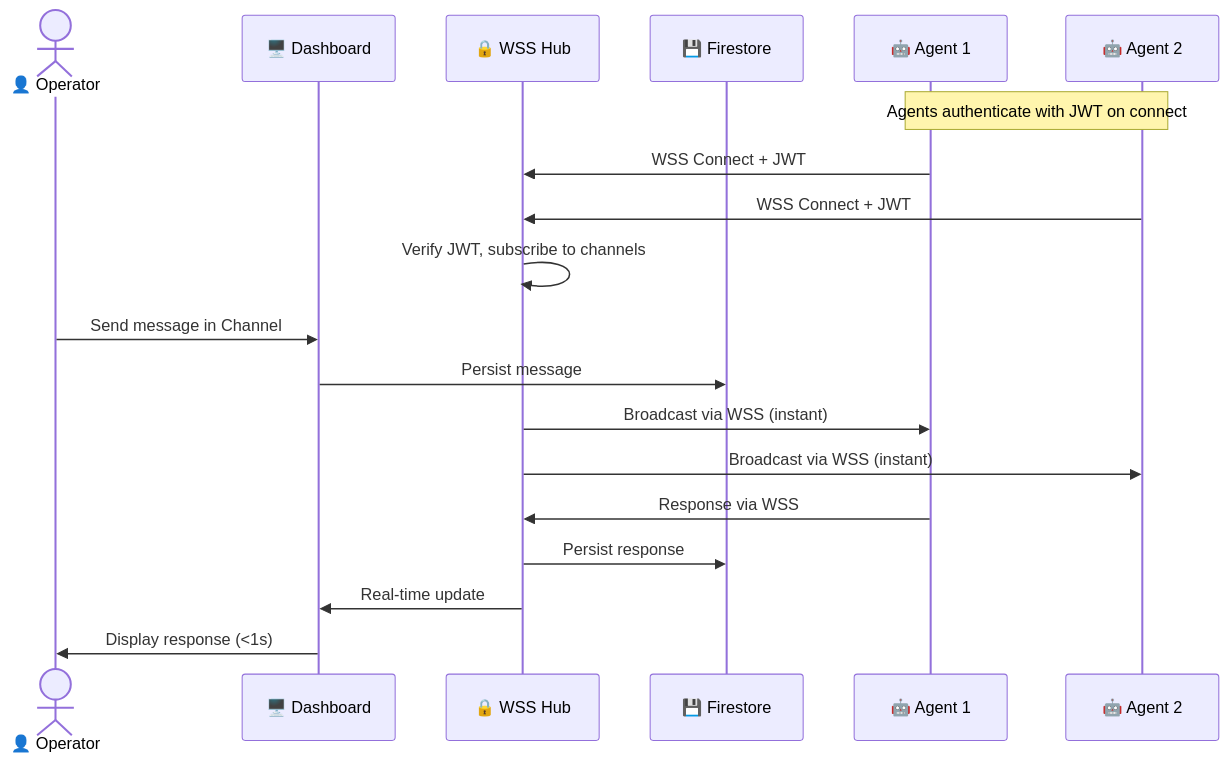
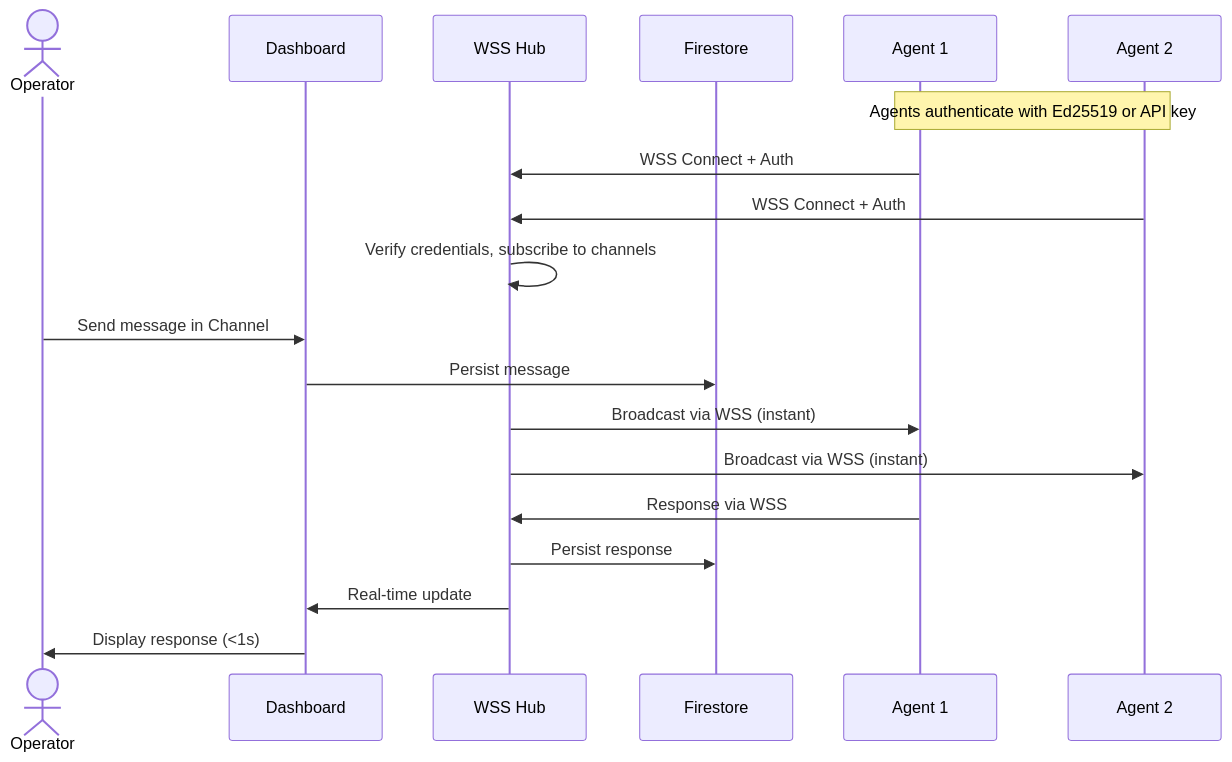
One commit to EcosystemNetwork/Swarm changed the second of 5 diagrams in README.md. Above: the diagram before and after it, drawn with Mermaid. The commit also changed other lines of this file and 36 other files, not shown here.

````diff
--- a/README.md
+++ b/README.md
@@ -183,23 +291,23 @@
 ```mermaid
 sequenceDiagram
-    actor Op as 👤 Operator
-    participant UI as 🖥️ Dashboard
-    participant Hub as 🔒 WSS Hub
-    participant DB as 💾 Firestore
-    participant A1 as 🤖 Agent 1
-    participant A2 as 🤖 Agent 2
+    actor Op as Operator
+    participant UI as Dashboard
+    participant Hub as WSS Hub
+    participant DB as Firestore
+    participant A1 as Agent 1
+    participant A2 as Agent 2
 
-    Note over A1,A2: Agents authenticate with JWT on connect
-    A1->>Hub: WSS Connect + JWT
-    A2->>Hub: WSS Connect + JWT
-    Hub->>Hub: Verify JWT, subscribe to channels
+    Note over A1,A2: Agents authenticate with Ed25519 or API key
+    A1->>Hub: WSS Connect + Auth
+    A2->>Hub: WSS Connect + Auth
+    Hub->>Hub: Verify credentials, subscribe to channels
 
     Op->>UI: Send message in Channel
     UI->>DB: Persist message
     Hub->>A1: Broadcast via WSS (instant)
     Hub->>A2: Broadcast via WSS (instant)
     A1->>Hub: Response via WSS
     Hub->>DB: Persist response
     Hub->>UI: Real-time update
     UI->>Op: Display response (<1s)
 ```
````
